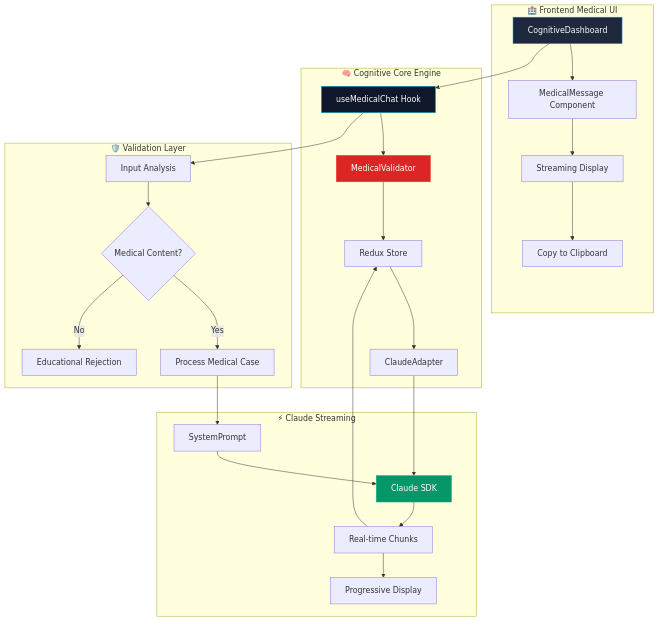
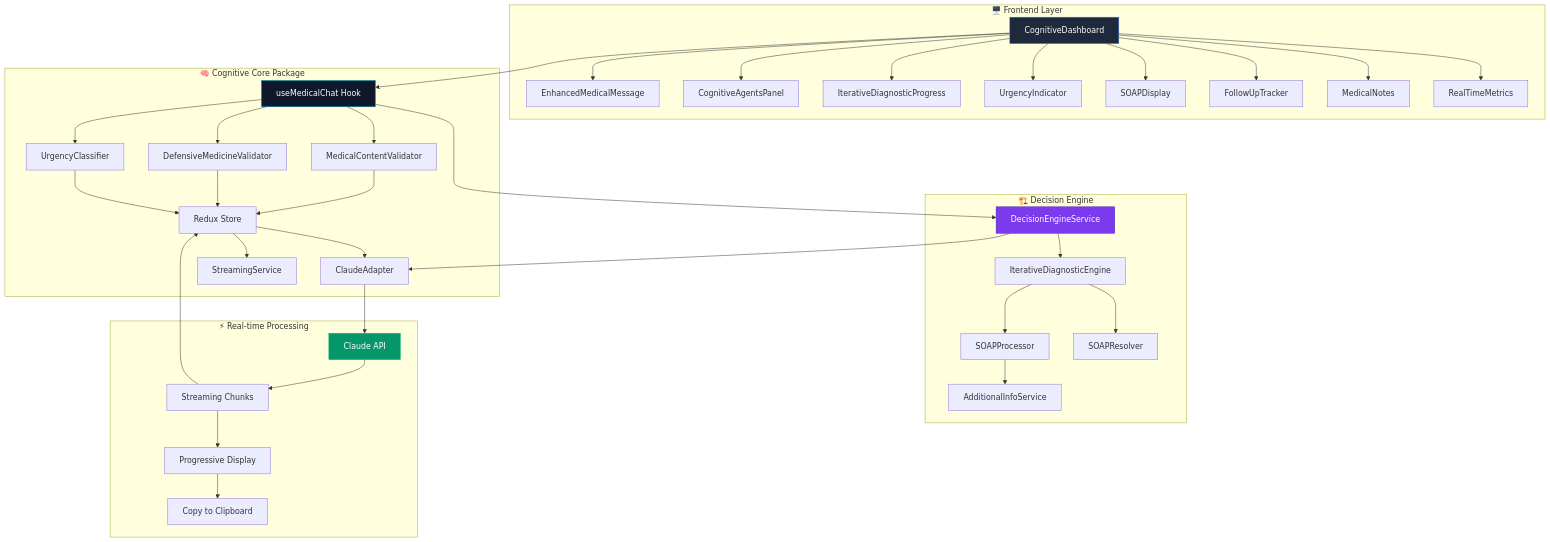
The first of 4 diagrams in README.md (BernardUriza/redux-claude), drawn with Mermaid before and after one commit. The commit also changed other lines of this file and 9 other files, not shown here.

````diff
--- a/README.md
+++ b/README.md
@@ -121,37 +121,48 @@
 ```mermaid
 graph TB
-    subgraph "🏥 Frontend Medical UI"
-        A[CognitiveDashboard] --> B[MedicalMessage Component]
-        B --> C[Streaming Display]
-        C --> D[Copy to Clipboard]
+    subgraph "🖥️ Frontend Layer"
+        A[CognitiveDashboard] --> B[EnhancedMedicalMessage]
+        A --> C[CognitiveAgentsPanel]
+        A --> D[IterativeDiagnosticProgress]
+        A --> E[UrgencyIndicator]
+        A --> F[SOAPDisplay]
+        A --> G[FollowUpTracker]
+        A --> H[MedicalNotes]
+        A --> I[RealTimeMetrics]
     end
     
-    subgraph "🧠 Cognitive Core Engine"
-        E[useMedicalChat Hook] --> F[MedicalValidator]
-        F --> G[Redux Store]
-        G --> H[ClaudeAdapter]
+    subgraph "🧠 Cognitive Core Package"
+        J[useMedicalChat Hook] --> K[MedicalContentValidator]
+        J --> L[DefensiveMedicineValidator]
+        J --> M[UrgencyClassifier]
+        K --> N[Redux Store]
+        L --> N
+        M --> N
+        N --> O[ClaudeAdapter]
+        N --> P[StreamingService]
     end
     
-    subgraph "🛡️ Validation Layer"
-        I[Input Analysis] --> J{Medical Content?}
-        J -->|Yes| K[Process Medical Case]
-        J -->|No| L[Educational Rejection]
+    subgraph "🏗️ Decision Engine"
+        Q[DecisionEngineService] --> R[IterativeDiagnosticEngine]
+        R --> S[SOAPProcessor]
+        R --> T[SOAPResolver]
+        S --> U[AdditionalInfoService]
     end
     
-    subgraph "⚡ Claude Streaming"
-        M[SystemPrompt] --> N[Claude SDK]
-        N --> O[Real-time Chunks]
-        O --> P[Progressive Display]
+    subgraph "⚡ Real-time Processing"
+        V[Claude API] --> W[Streaming Chunks]
+        W --> X[Progressive Display]
+        X --> Y[Copy to Clipboard]
     end
     
-    A --> E
-    E --> I
-    K --> M
-    O --> G
-    H --> N
+    A --> J
+    J --> Q
+    O --> V
+    Q --> O
+    W --> N
     
     style A fill:#1e293b,stroke:#3b82f6,color:#fff
-    style E fill:#0f172a,stroke:#06b6d4,color:#fff
-    style F fill:#dc2626,stroke:#ef4444,color:#fff
-    style N fill:#059669,stroke:#10b981,color:#fff
+    style J fill:#0f172a,stroke:#06b6d4,color:#fff
+    style Q fill:#7c3aed,stroke:#5b21b6,color:#fff
+    style V fill:#059669,stroke:#10b981,color:#fff
 ```
````
